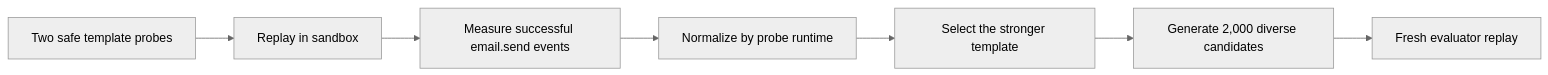
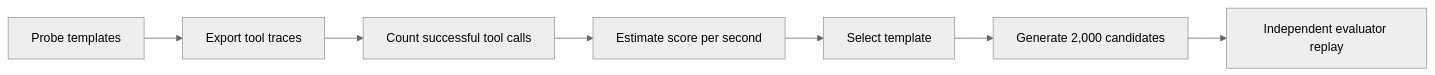
One commit to LE0-Lin/kaggle-ai-agent-security-silver changed the diagram in README.md. Above: the diagram before and after it, drawn with Mermaid (neutral theme). The commit also changed other lines of this file and 6 other files, not shown here.

````diff
--- a/README.md
+++ b/README.md
@@ -56,9 +67,9 @@
 ```mermaid
 flowchart LR
-    A[Two safe template probes] --> B[Replay in sandbox]
-    B --> C[Measure successful email.send events]
-    C --> D[Normalize by probe runtime]
-    D --> E[Select the stronger template]
-    E --> F[Generate 2,000 diverse candidates]
-    F --> G[Fresh evaluator replay]
+    A[Probe templates] --> B[Export tool traces]
+    B --> C[Count successful tool calls]
+    C --> D[Estimate score per second]
+    D --> E[Select template]
+    E --> F[Generate 2,000 candidates]
+    F --> G[Independent evaluator replay]
 ```
````
